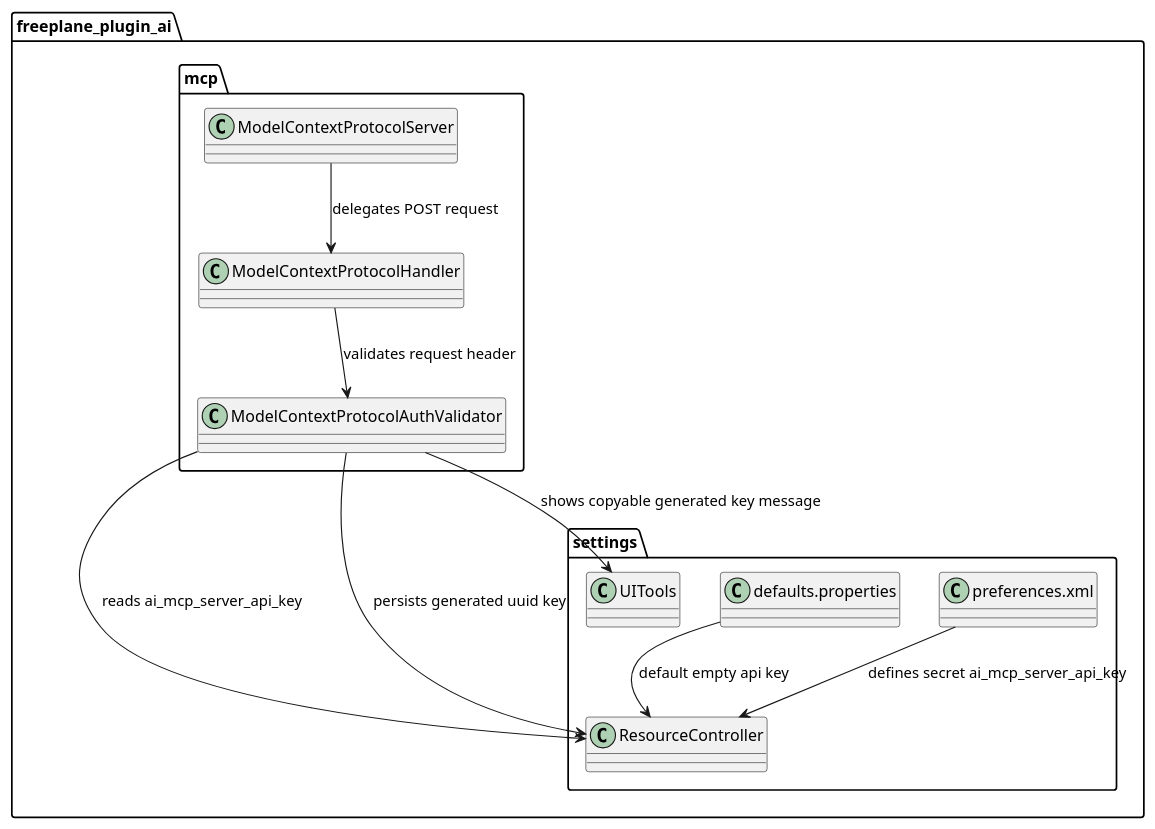
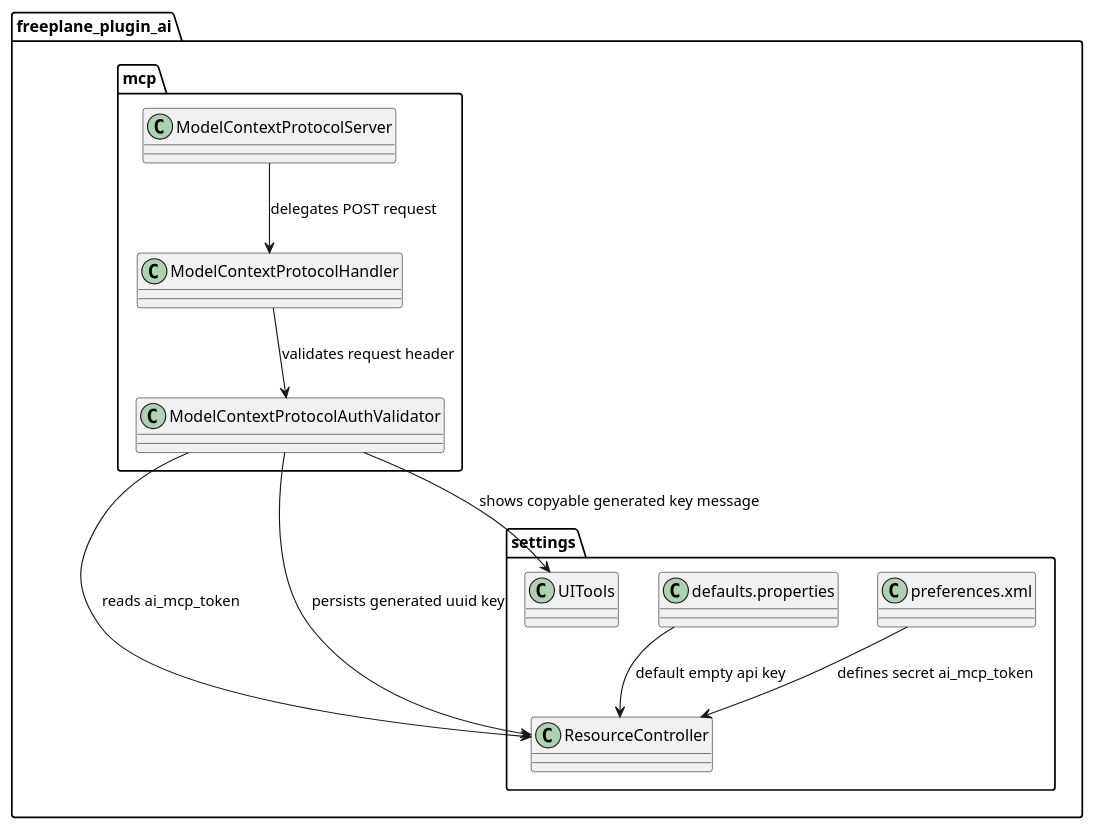
The diagram in ai-specs/tasks/done/051-add-mcp-server-api-key-authentication.md (guoranjun2/nexordia), drawn with PlantUML before and after one commit. The commit also changed other lines of this file and 7 other files, not shown here.

Commit message:
rename freeplane MCP token for HTTP request header

````diff
--- a/ai-specs/tasks/done/051-add-mcp-server-api-key-authentication.md
+++ b/ai-specs/tasks/done/051-add-mcp-server-api-key-authentication.md
@@ -26,26 +26,26 @@
 ```plantuml
 @startuml
 set separator none
 package "freeplane_plugin_ai" {
   package "settings" {
     class preferences.xml
     class defaults.properties
     class ResourceController
     class UITools
   }
   package "mcp" {
     class ModelContextProtocolServer
     class ModelContextProtocolHandler
     class ModelContextProtocolAuthValidator
   }
 }
 
-preferences.xml --> ResourceController : defines secret ai_mcp_server_api_key
+preferences.xml --> ResourceController : defines secret ai_mcp_token
 defaults.properties --> ResourceController : default empty api key
 ModelContextProtocolServer --> ModelContextProtocolHandler : delegates POST request
 ModelContextProtocolHandler --> ModelContextProtocolAuthValidator : validates request header
-ModelContextProtocolAuthValidator --> ResourceController : reads ai_mcp_server_api_key
+ModelContextProtocolAuthValidator --> ResourceController : reads ai_mcp_token
 ModelContextProtocolAuthValidator --> ResourceController : persists generated uuid key
 ModelContextProtocolAuthValidator --> UITools : shows copyable generated key message
 @enduml
 ```
````
